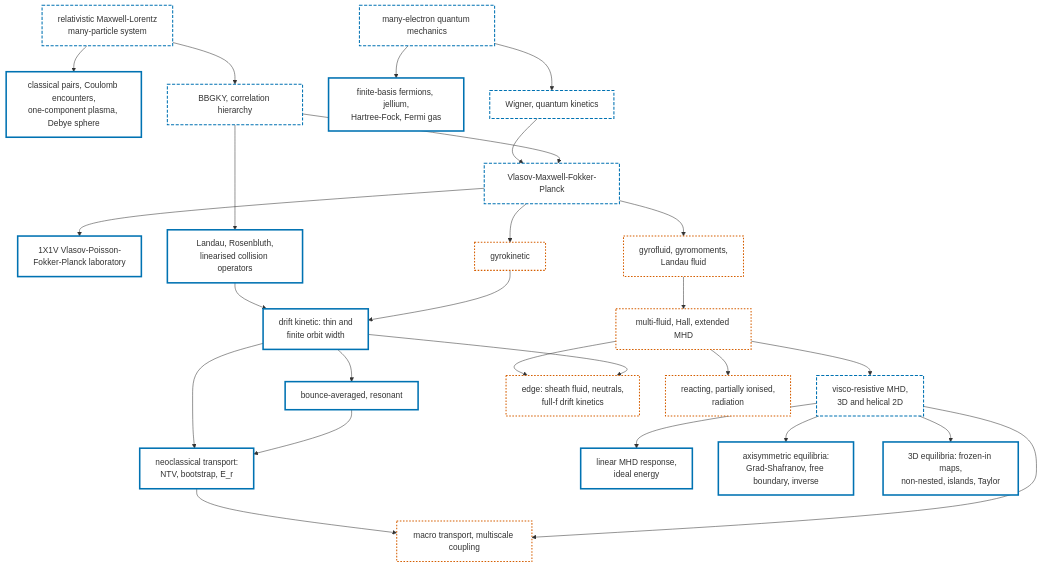
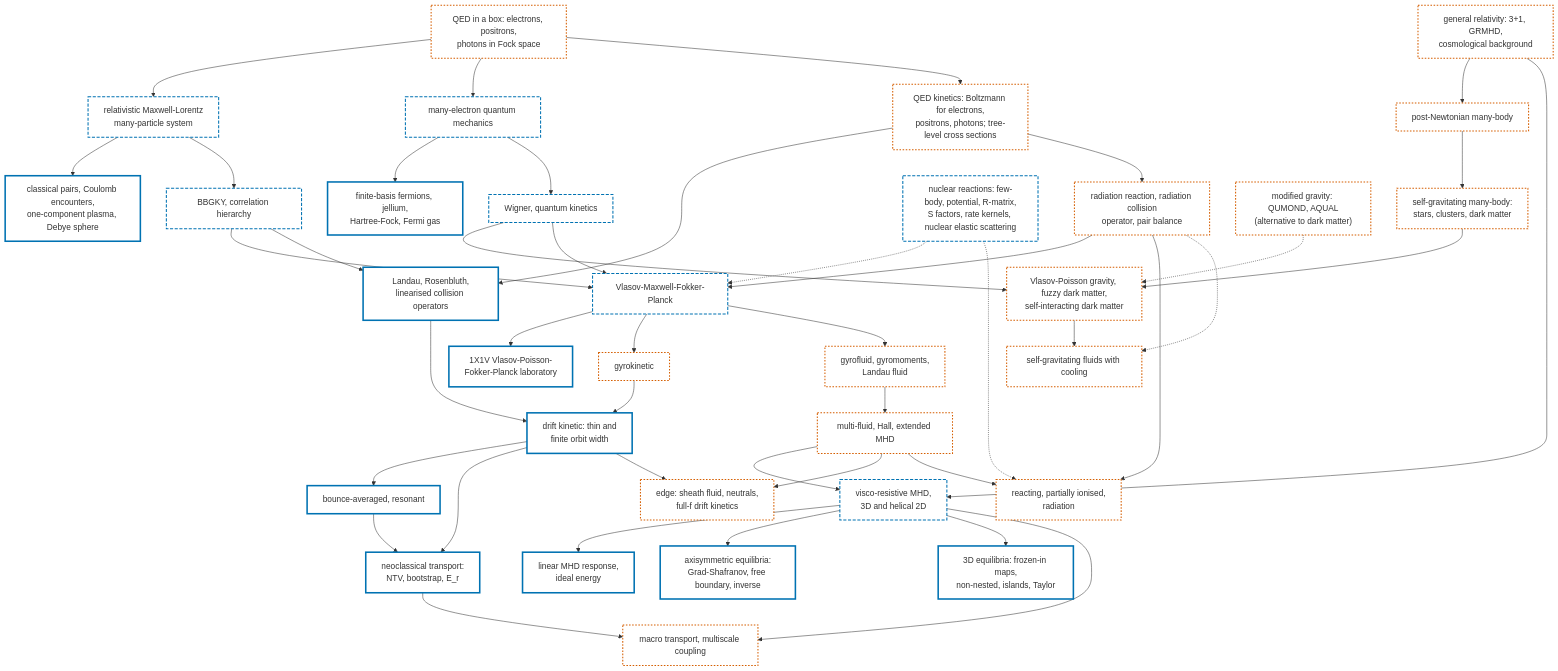
The diagram in docs/model-graph.md (itpplasma/milca), drawn with Mermaid before and after one commit. The commit also changed other lines of this file and 9 other files, not shown here.

First line of the commit message:
QED, radiation collisions, nuclear reactions and gravity in scope (#441)

````diff
--- a/docs/model-graph.md
+++ b/docs/model-graph.md
@@ -7,55 +7,82 @@
 ```mermaid
 flowchart TB
     classDef run fill:#ffffff,stroke:#0072B2,stroke-width:3px
     classDef part fill:#ffffff,stroke:#0072B2,stroke-width:2px,stroke-dasharray:6 3
     classDef plan fill:#ffffff,stroke:#D55E00,stroke-width:2px,stroke-dasharray:3 3
 
     NB["relativistic Maxwell-Lorentz<br/>many-particle system"]:::part
     CL["classical pairs, Coulomb encounters,<br/>one-component plasma, Debye sphere"]:::run
     BBGKY["BBGKY, correlation hierarchy"]:::part
     QM["many-electron quantum mechanics"]:::part
     QF["finite-basis fermions, jellium,<br/>Hartree-Fock, Fermi gas"]:::run
     QW["Wigner, quantum kinetics"]:::part
     FK["Vlasov-Maxwell-Fokker-Planck"]:::part
     LAB["1X1V Vlasov-Poisson-<br/>Fokker-Planck laboratory"]:::run
     COLL["Landau, Rosenbluth,<br/>linearised collision operators"]:::run
     GK["gyrokinetic"]:::plan
     DK["drift kinetic: thin and<br/>finite orbit width"]:::run
     BA["bounce-averaged, resonant"]:::run
     NEO["neoclassical transport:<br/>NTV, bootstrap, E_r"]:::run
     GF["gyrofluid, gyromoments,<br/>Landau fluid"]:::plan
     MF["multi-fluid, Hall, extended MHD"]:::plan
     MHD["visco-resistive MHD,<br/>3D and helical 2D"]:::part
     LIN["linear MHD response,<br/>ideal energy"]:::run
     EQ2["axisymmetric equilibria:<br/>Grad-Shafranov, free boundary, inverse"]:::run
     EQ3["3D equilibria: frozen-in maps,<br/>non-nested, islands, Taylor"]:::run
     EDGE["edge: sheath fluid, neutrals,<br/>full-f drift kinetics"]:::plan
     RX["reacting, partially ionised,<br/>radiation"]:::plan
     TR["macro transport, multiscale coupling"]:::plan
+    QED["QED in a box: electrons, positrons,<br/>photons in Fock space"]:::plan
+    QKIN["QED kinetics: Boltzmann for electrons,<br/>positrons, photons; tree-level cross sections"]:::plan
+    RADC["radiation reaction, radiation collision<br/>operator, pair balance"]:::plan
+    NUC["nuclear reactions: few-body, potential, R-matrix,<br/>S factors, rate kernels, nuclear elastic scattering"]:::part
+    GR["general relativity: 3+1, GRMHD,<br/>cosmological background"]:::plan
+    PN["post-Newtonian many-body"]:::plan
+    GRAV["self-gravitating many-body:<br/>stars, clusters, dark matter"]:::plan
+    GVP["Vlasov-Poisson gravity, fuzzy dark matter,<br/>self-interacting dark matter"]:::plan
+    MOND["modified gravity: QUMOND, AQUAL<br/>(alternative to dark matter)"]:::plan
+    GFL["self-gravitating fluids with cooling"]:::plan
 
+    QED --> NB
+    QED --> QM
+    QED --> QKIN
+    QKIN --> COLL
+    QKIN --> RADC
+    RADC --> FK
+    RADC --> RX
+    NUC -.-> FK
+    NUC -.-> RX
+    GR --> PN
+    GR --> MHD
+    PN --> GRAV
+    GRAV --> GVP
+    QW --> GVP
+    GVP --> GFL
+    RADC -.-> GFL
+    MOND -.-> GVP
     NB --> CL
     NB --> BBGKY
     QM --> QF
     QM --> QW
     QW --> FK
     BBGKY --> FK
     BBGKY --> COLL
     FK --> LAB
     FK --> GK
     FK --> GF
     COLL --> DK
     GK --> DK
     DK --> BA
     DK --> NEO
     BA --> NEO
     GF --> MF
     MF --> MHD
     MHD --> LIN
     MHD --> EQ2
     MHD --> EQ3
     MF --> EDGE
     DK --> EDGE
     MF --> RX
     NEO --> TR
     MHD --> TR
 ```
````
